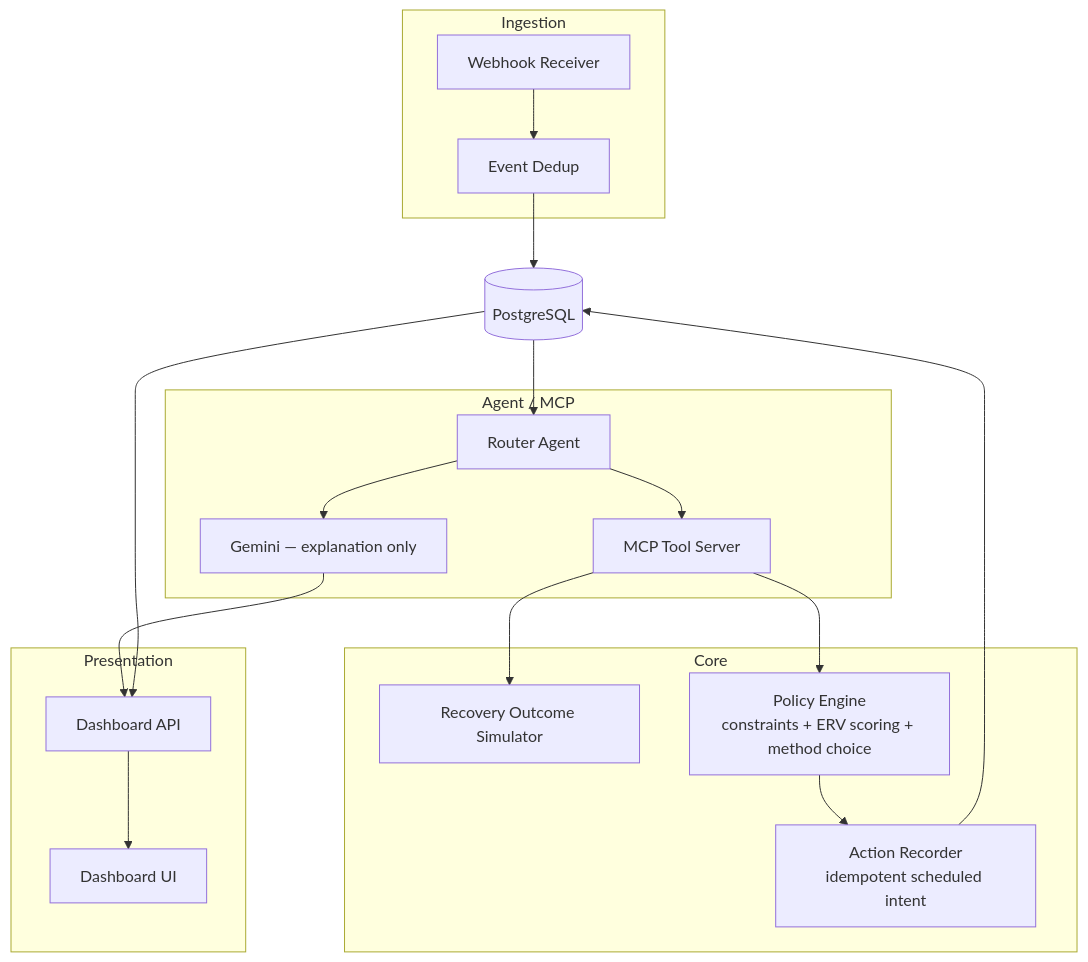
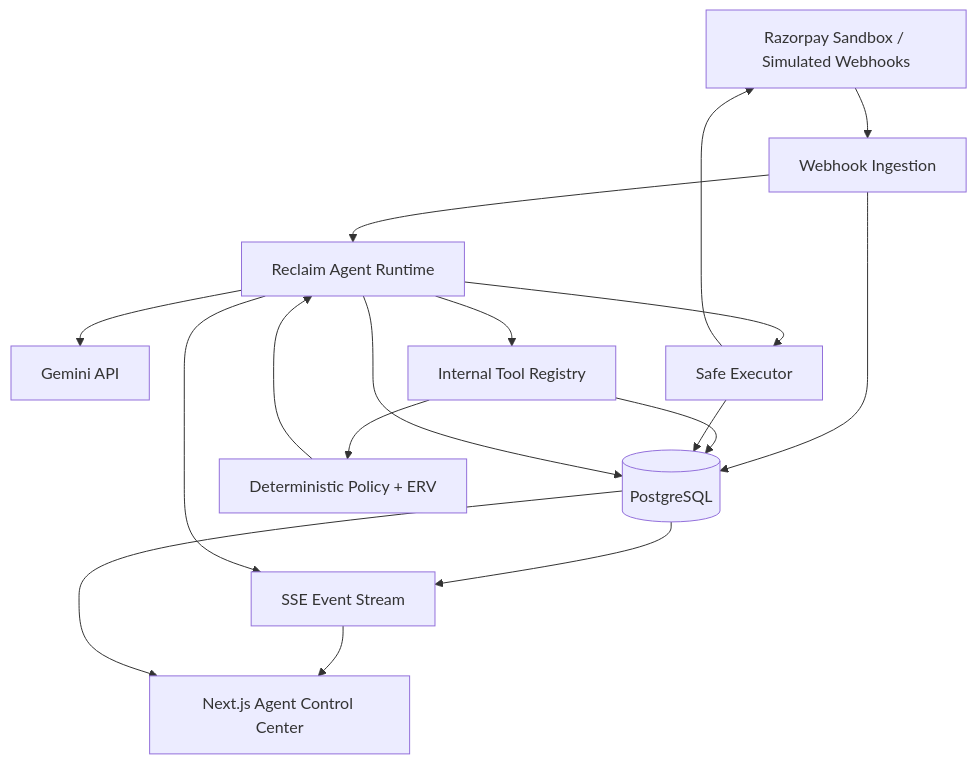
Before and after one commit to arsh342/reclaim: the first of 13 diagrams in docs/reclaim-system-design.md, drawn with Mermaid. The commit also changed other lines of this file and 105 other files, not shown here.

Commit message:
Restructure Reclaim runtime and dashboard

````diff
--- a/docs/reclaim-system-design.md
+++ b/docs/reclaim-system-design.md
@@ -47,38 +19,30 @@
 ```mermaid
 flowchart TB
-    subgraph Ingestion
-        WH[Webhook Receiver]
-        DEDUP[Event Dedup]
-    end
+    RZP[Razorpay Sandbox / Simulated Webhooks]
+    ING[Webhook Ingestion]
+    DB[(PostgreSQL)]
+    RT[Reclaim Agent Runtime]
+    GEM[Gemini API]
+    TOOLS[Internal Tool Registry]
+    POLICY[Deterministic Policy + ERV]
+    EXE[Safe Executor]
+    STREAM[SSE Event Stream]
+    UI[Next.js Agent Control Center]
 
-    subgraph Core
-        SIM[Recovery Outcome Simulator]
-        POL[Policy Engine<br/>constraints + ERV scoring + method choice]
-        EXE[Action Recorder<br/>idempotent scheduled intent]
-    end
-
-    subgraph AgentLayer[Agent / MCP]
-        MCP[MCP Tool Server]
-        ROUTER[Router Agent]
-        LLM[Gemini — explanation only]
-    end
-
-    subgraph Presentation
-        API[Dashboard API]
-        UI[Dashboard UI]
-    end
-
-    DB[(PostgreSQL)]
-
-    WH --> DEDUP --> DB
-    DB --> ROUTER
-    ROUTER --> MCP
-    MCP --> POL
-    MCP --> SIM
-    POL --> EXE
+    RZP --> ING
+    ING --> DB
+    ING --> RT
+    RT --> GEM
+    RT --> TOOLS
+    TOOLS --> POLICY
+    TOOLS --> DB
+    POLICY --> RT
+    RT --> EXE
     EXE --> DB
-    ROUTER --> LLM
-    LLM --> API
-    API --> UI
-    DB --> API
+    EXE --> RZP
+    RT --> DB
+    DB --> STREAM
+    RT --> STREAM
+    STREAM --> UI
+    DB --> UI
 ```
````
